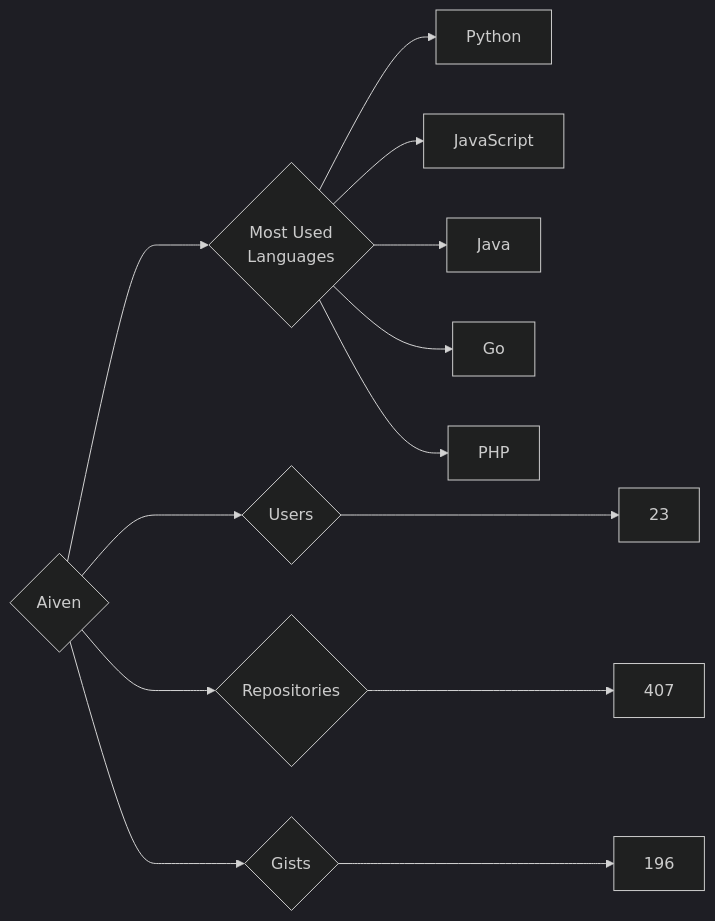
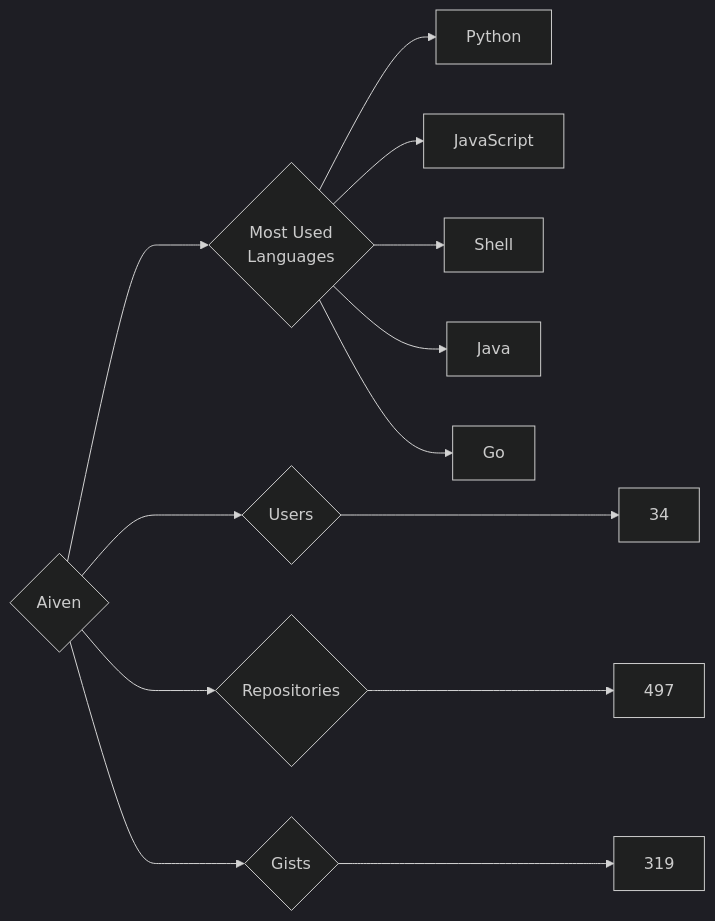
Before and after one commit to trickest/insiders: the diagram in targets/Aiven/README.md, drawn with Mermaid (dark theme). The commit also changed 838 other files, not shown here.

````diff
--- a/targets/Aiven/README.md
+++ b/targets/Aiven/README.md
@@ -3,13 +3,13 @@
 ```mermaid
 graph LR
 COMPANY_NAME{Aiven}
-COMPANY_NAME ---> U{Users} ---> UN[23]
-COMPANY_NAME ---> R{Repositories} ---> RN[407]
-COMPANY_NAME ---> G{Gists} ---> GN[196]
+COMPANY_NAME ---> U{Users} ---> UN[34]
+COMPANY_NAME ---> R{Repositories} ---> RN[497]
+COMPANY_NAME ---> G{Gists} ---> GN[319]
 COMPANY_NAME ---> ML{Most Used<br>Languages}
 ML --> Python[Python]
 ML --> JavaScript[JavaScript]
+ML --> Shell[Shell]
 ML --> Java[Java]
 ML --> Go[Go]
-ML --> PHP[PHP]
 ```
````
